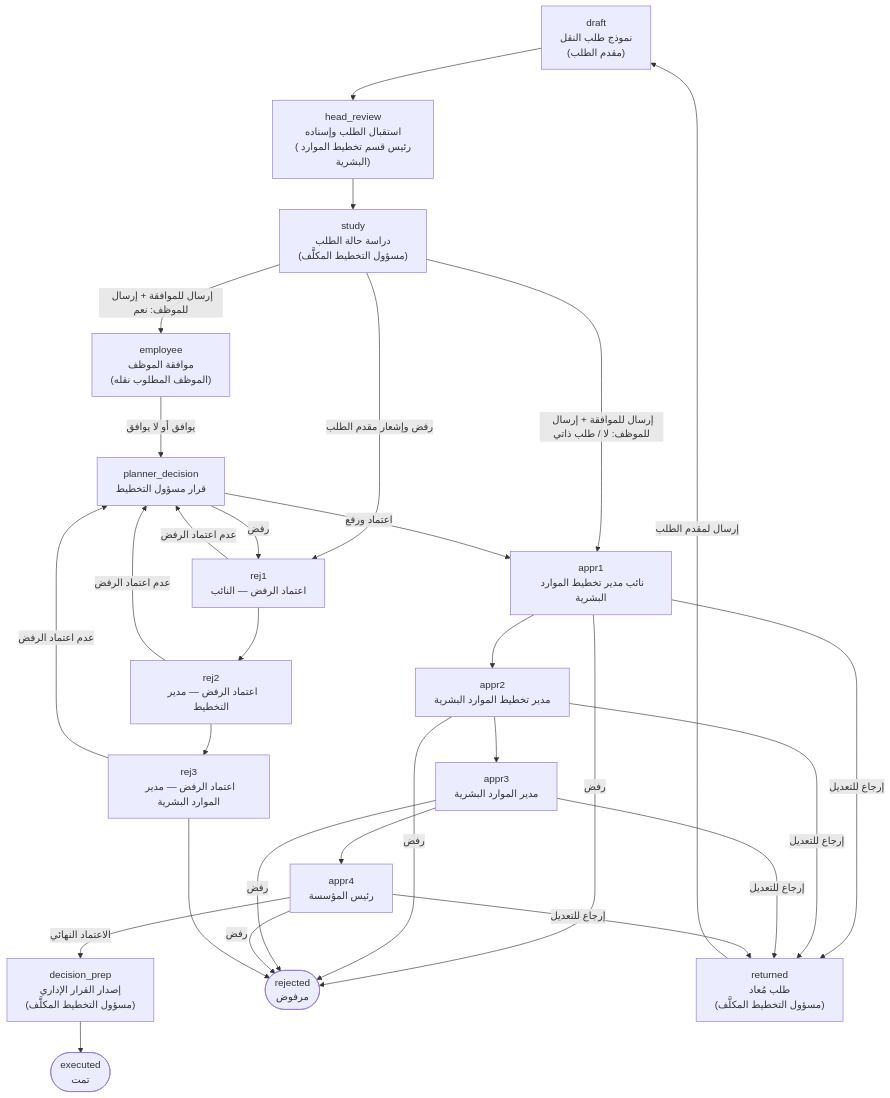
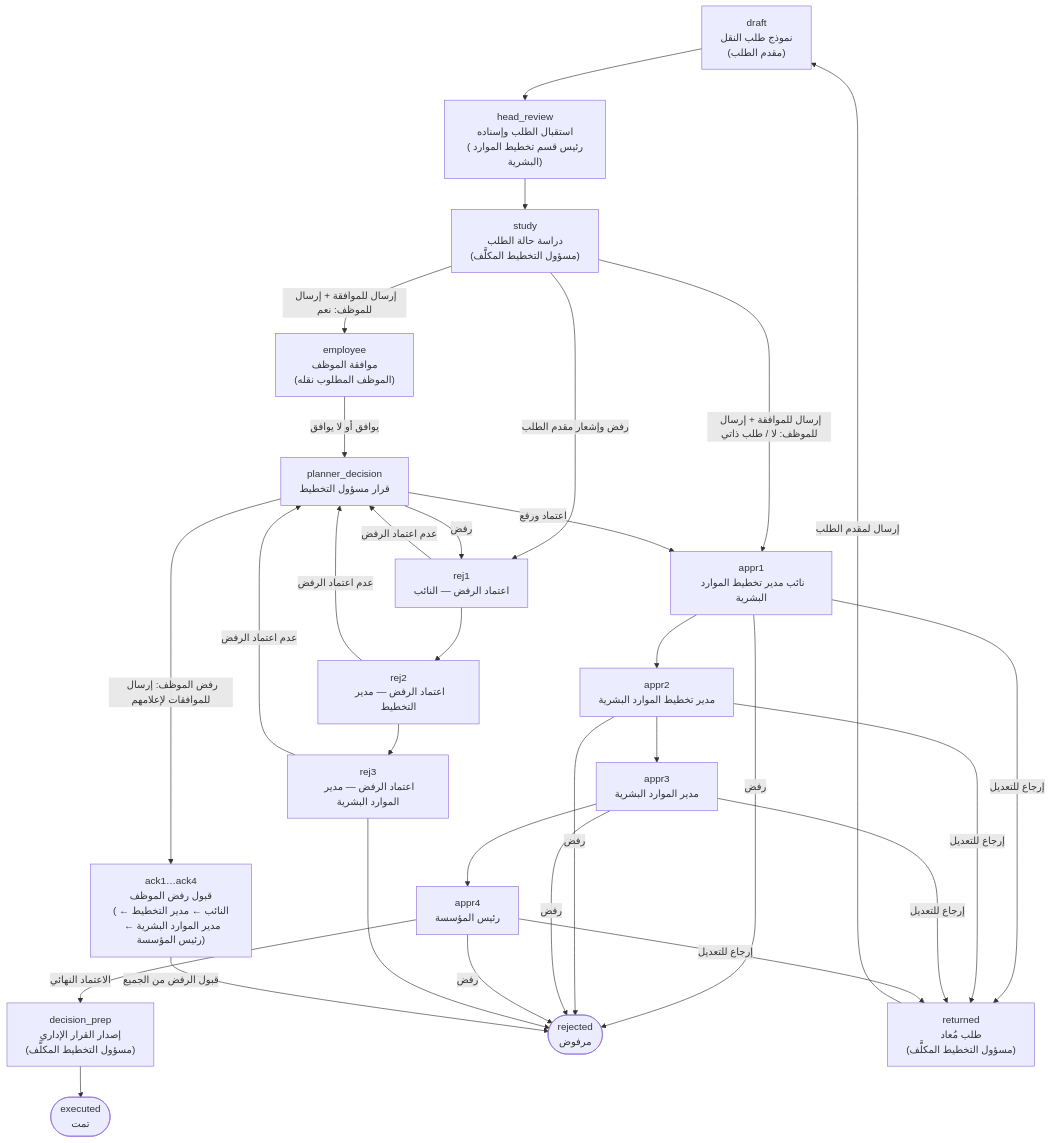
The diagram in docs/workflow.md (mariiamahmed11/sio_staff_transfer), drawn with Mermaid before and after one commit. The commit also changed other lines of this file and 5 other files, not shown here.

First line of the commit message:
قبول رفض الموظف وتبسيط ملف المعاملة

````diff
--- a/docs/workflow.md
+++ b/docs/workflow.md
@@ -7,23 +7,25 @@
 ```mermaid
 flowchart TD
     draft["draft<br/>نموذج طلب النقل<br/>(مقدم الطلب)"] --> head_review["head_review<br/>استقبال الطلب وإسناده<br/>(رئيس قسم تخطيط الموارد البشرية)"]
     head_review --> study["study<br/>دراسة حالة الطلب<br/>(مسؤول التخطيط المكلَّف)"]
     study -- "إرسال للموافقة + إرسال للموظف: نعم" --> employee["employee<br/>موافقة الموظف<br/>(الموظف المطلوب نقله)"]
     study -- "إرسال للموافقة + إرسال للموظف: لا / طلب ذاتي" --> appr1
     study -- "رفض وإشعار مقدم الطلب" --> rej1
     employee -- "يوافق أو لا يوافق" --> planner_decision["planner_decision<br/>قرار مسؤول التخطيط"]
     planner_decision -- "اعتماد ورفع" --> appr1["appr1<br/>نائب مدير تخطيط الموارد البشرية"]
     appr1 --> appr2["appr2<br/>مدير تخطيط الموارد البشرية"]
     appr2 --> appr3["appr3<br/>مدير الموارد البشرية"]
     appr3 --> appr4["appr4<br/>رئيس المؤسسة"]
     appr4 -- "الاعتماد النهائي" --> decision_prep["decision_prep<br/>إصدار القرار الإداري<br/>(مسؤول التخطيط المكلَّف)"]
     decision_prep --> executed(["executed<br/>تمت"])
     appr1 & appr2 & appr3 & appr4 -- "رفض" --> rejected(["rejected<br/>مرفوض"])
     appr1 & appr2 & appr3 & appr4 -- "إرجاع للتعديل" --> returned["returned<br/>طلب مُعاد<br/>(مسؤول التخطيط المكلَّف)"]
     returned -- "إرسال لمقدم الطلب" --> draft
     planner_decision -- "رفض" --> rej1["rej1<br/>اعتماد الرفض — النائب"]
     rej1 --> rej2["rej2<br/>اعتماد الرفض — مدير التخطيط"]
     rej2 --> rej3["rej3<br/>اعتماد الرفض — مدير الموارد البشرية"]
     rej3 --> rejected
     rej1 & rej2 & rej3 -- "عدم اعتماد الرفض" --> planner_decision
+    planner_decision -- "رفض الموظف: إرسال للموافقات لإعلامهم" --> ack1["ack1…ack4<br/>قبول رفض الموظف<br/>(النائب ← مدير التخطيط ← مدير الموارد البشرية ← رئيس المؤسسة)"]
+    ack1 -- "قبول الرفض من الجميع" --> rejected
 ```
````
